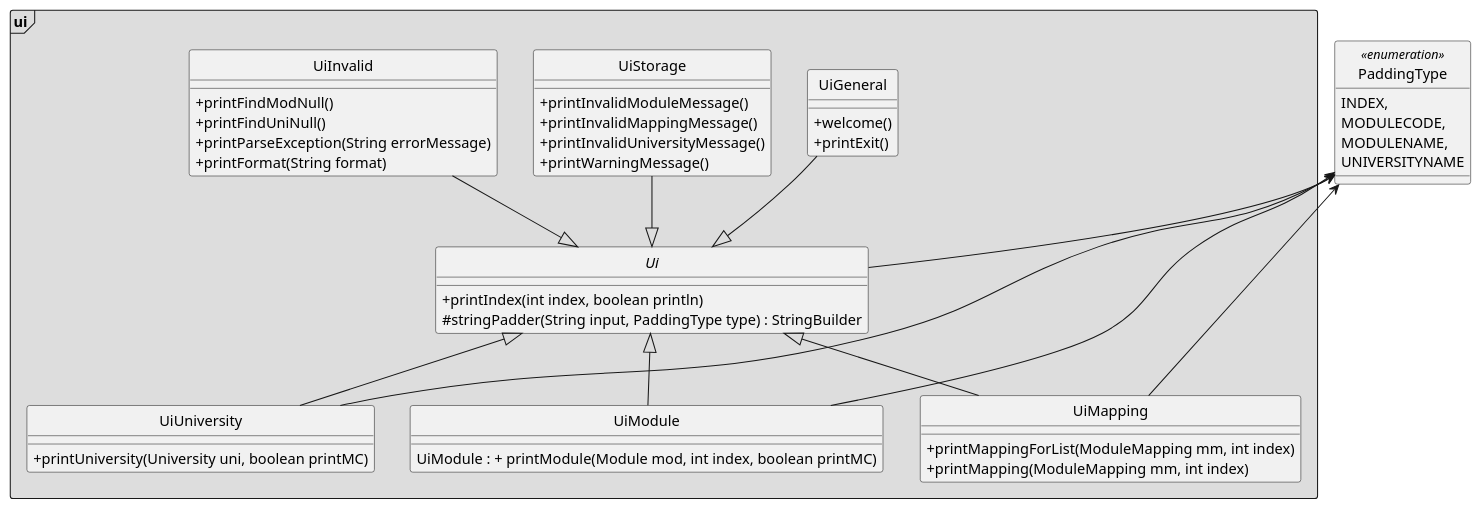
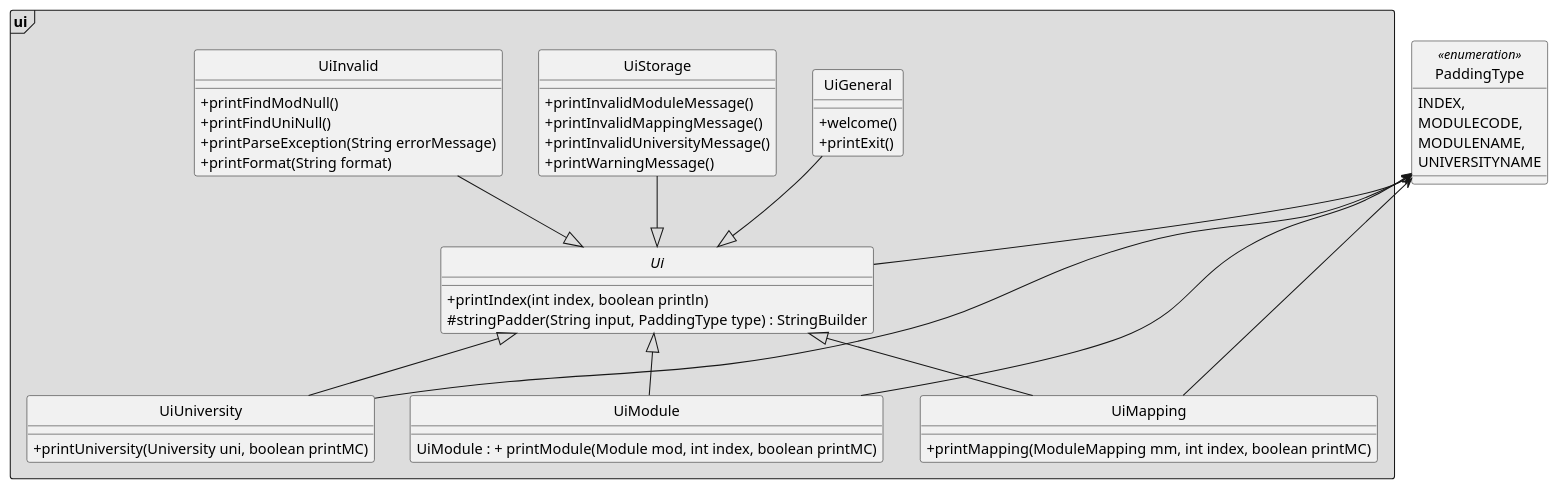
The diagram in docs/umls/ui.puml (nus-cs2113-AY2122S1/tp), drawn with PlantUML before and after one commit.

Commit message:
refactored printmodulemapping

```diff
--- a/docs/umls/ui.puml
+++ b/docs/umls/ui.puml
@@ -1,60 +1,59 @@
 @startuml
 'https://plantuml.com/class-diagram
 hide circle
 skinparam classAttributeIconSize 0
 skinparam groupInheritance 1
 
 package "ui" <<Frame>> #DDDDDD {
     abstract class Ui {
     + printIndex(int index, boolean println)
     # stringPadder(String input, PaddingType type) : StringBuilder
     }
 
     class UiModule extends Ui{
     UiModule : + printModule(Module mod, int index, boolean printMC)
     }
 
     class UiMapping extends Ui {
-    + printMappingForList(ModuleMapping mm, int index)
-    + printMapping(ModuleMapping mm, int index)
+    + printMapping(ModuleMapping mm, int index, boolean printMC)
     }
 
     class UiUniversity extends Ui {
     + printUniversity(University uni, boolean printMC)
     }
 
 UiInvalid --|> Ui
     class UiInvalid {
     + printFindModNull()
     + printFindUniNull()
     + printParseException(String errorMessage)
     + printFormat(String format)
     }
 
 UiGeneral --|> Ui
     class UiGeneral {
     + welcome()
     + printExit()
     }
 
 UiStorage --|> Ui
     class UiStorage {
     + printInvalidModuleMessage()
     + printInvalidMappingMessage()
     + printInvalidUniversityMessage()
     + printWarningMessage()
     }
 }
 
 PaddingType <-- Ui
 PaddingType <-- UiModule
 PaddingType <-- UiMapping
 PaddingType <-- UiUniversity
 enum PaddingType <<enumeration>> {
     INDEX,
     MODULECODE,
     MODULENAME,
     UNIVERSITYNAME
 }
 
 @enduml
```
